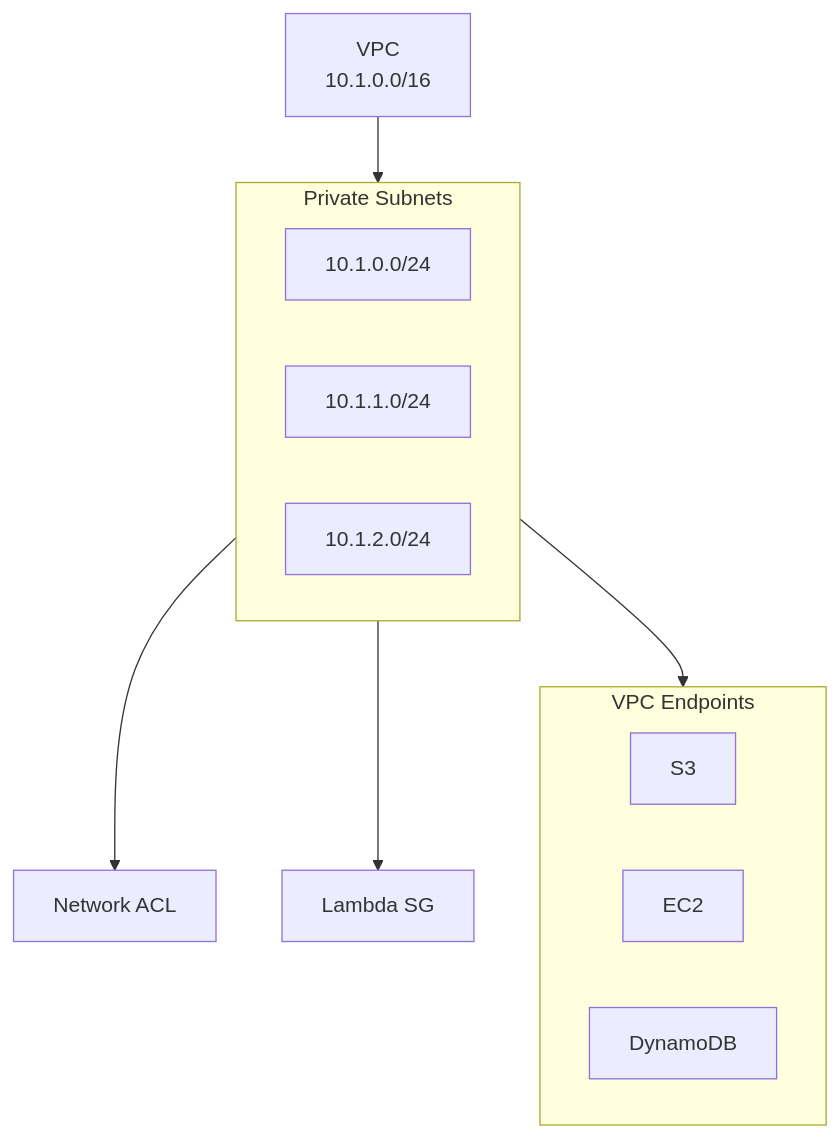
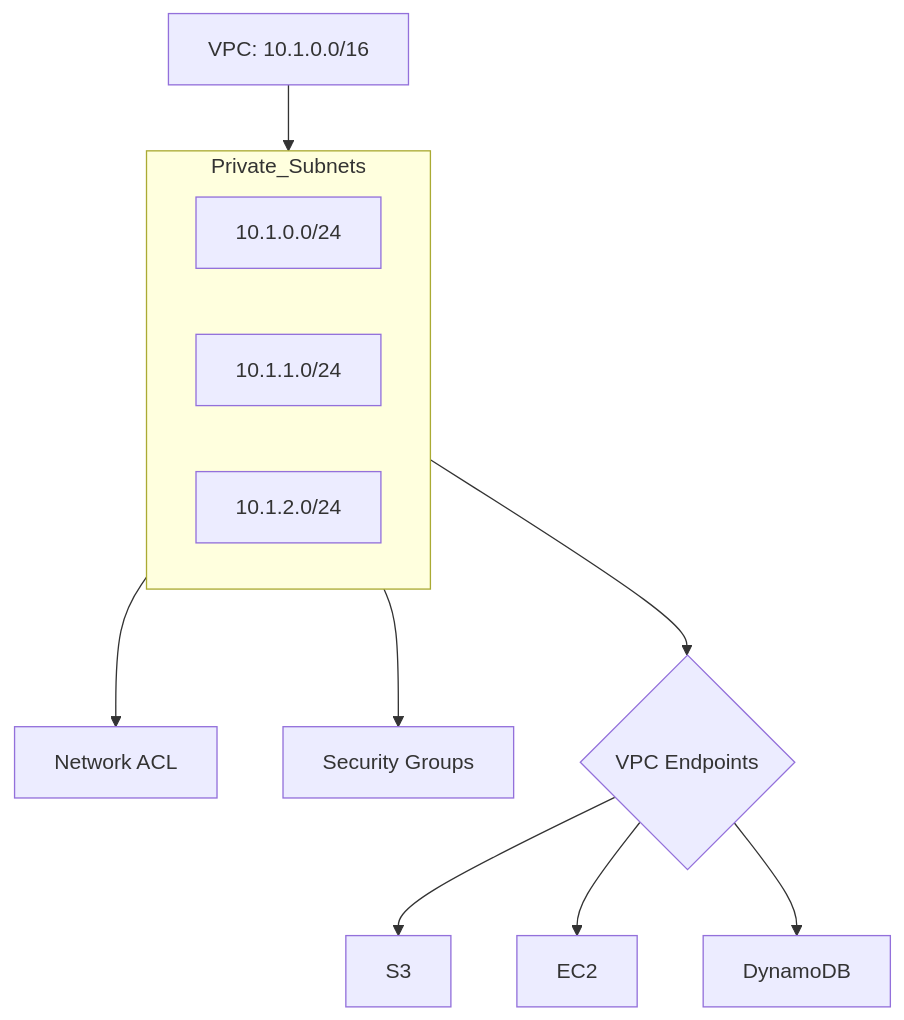
Before and after one commit to Hack23/lambda-in-private-vpc: the third of 8 diagrams in README.md, drawn with Mermaid. The commit also changed other lines of this file, not shown here.

````diff
--- a/README.md
+++ b/README.md
@@ -211,18 +125,16 @@
 ```mermaid
 graph TD
-  VPC[VPC<br/>10.1.0.0/16]
-  subgraph Subnets["Private Subnets"]
+  VPC[VPC: 10.1.0.0/16]
+  subgraph Private_Subnets
     S1[10.1.0.0/24]
     S2[10.1.1.0/24]
     S3[10.1.2.0/24]
   end
-  VPC --> Subnets
-  Subnets --> ACL[Network ACL]
-  Subnets --> SG_L[Lambda SG]
-  subgraph Endpoints["VPC Endpoints"]
-    EP_S3[S3]
-    EP_EC2[EC2]
-    EP_DDB[DynamoDB]
-  end
-  Subnets --> Endpoints
+  VPC --> Private_Subnets
+  Private_Subnets --> ACL[Network ACL]
+  Private_Subnets --> SG[Security Groups]
+  Private_Subnets --> Endpoints{VPC Endpoints}
+  Endpoints --> EP_S3[S3]
+  Endpoints --> EP_EC2[EC2]
+  Endpoints --> EP_DDB[DynamoDB]
 ```
````
